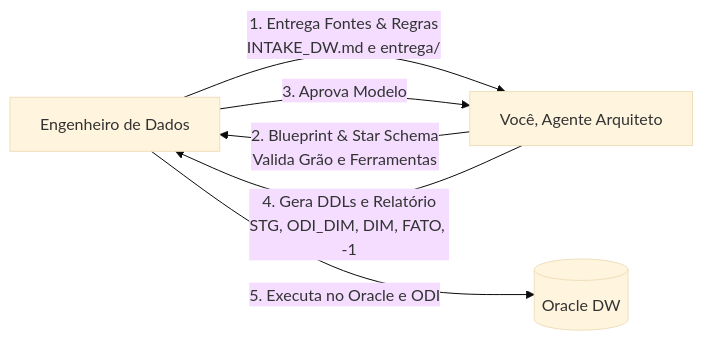
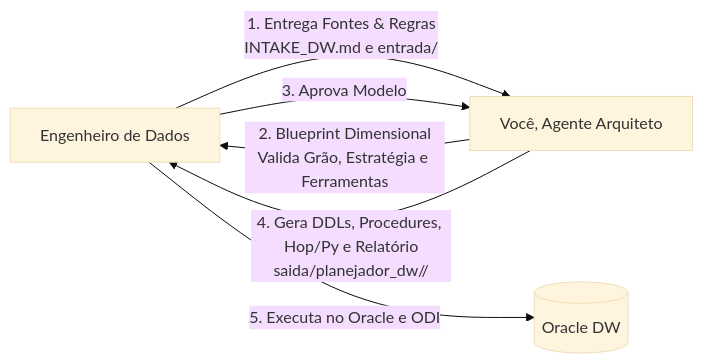
One commit to jef-prodeb01/NINHO.03 changed the diagram in modulos/planejador_dw/AGENTS.md. Above: the diagram before and after it, drawn with Mermaid (base theme). The commit also changed other lines of this file and 57 other files, not shown here.

````diff
--- a/modulos/planejador_dw/AGENTS.md
+++ b/modulos/planejador_dw/AGENTS.md
@@ -13,8 +14,8 @@
 ```mermaid
 flowchart LR
-    ENG[Engenheiro de Dados] -->|1. Entrega Fontes & Regras<br/>INTAKE_DW.md e entrega/| IA[Você, Agente Arquiteto]
-    IA -->|2. Blueprint & Star Schema<br/>Valida Grão e Ferramentas| ENG
+    ENG[Engenheiro de Dados] -->|1. Entrega Fontes & Regras<br/>INTAKE_DW.md e entrada/| IA[Você, Agente Arquiteto]
+    IA -->|2. Blueprint Dimensional<br/>Valida Grão, Estratégia e Ferramentas| ENG
     ENG -->|3. Aprova Modelo| IA
-    IA -->|4. Gera DDLs e Relatório<br/>STG, ODI_DIM, DIM, FATO, -1| ENG
+    IA -->|4. Gera DDLs, Procedures, Hop/Py e Relatório<br/>saida/planejador_dw/<PROJETO>/| ENG
     ENG -->|5. Executa no Oracle e ODI| DB[(Oracle DW)]
 ```
````
